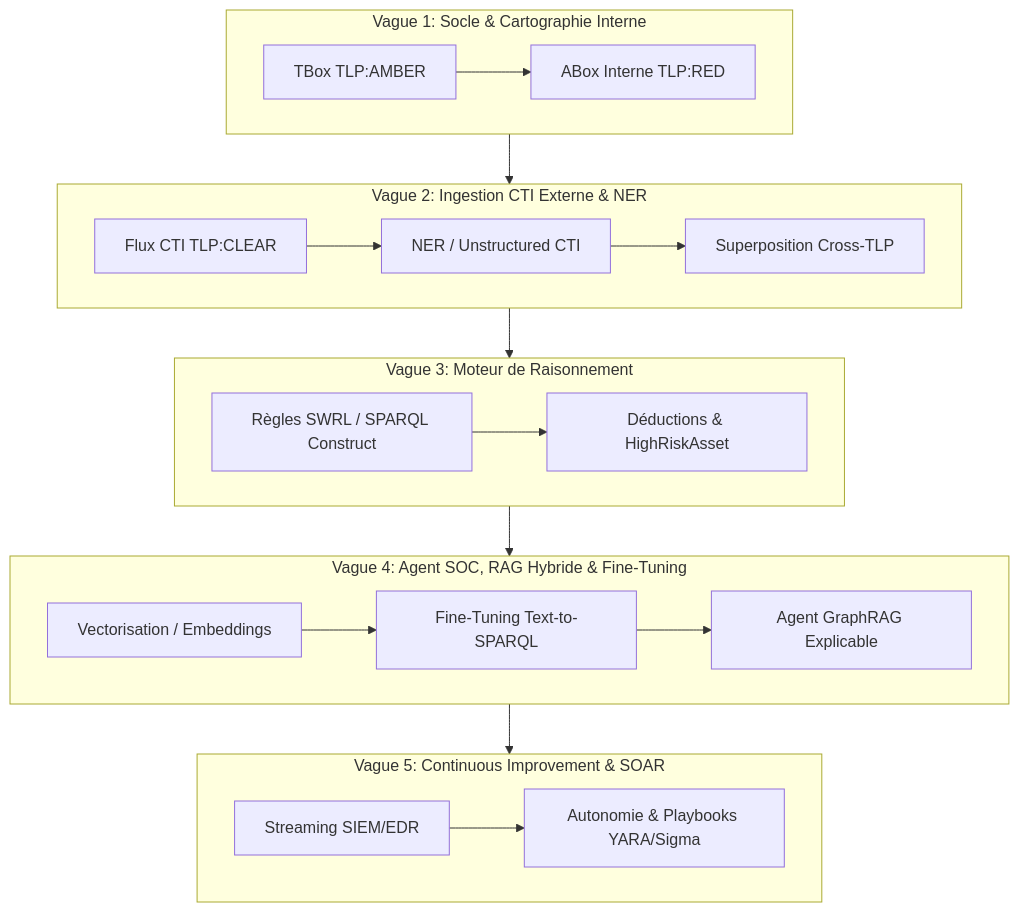
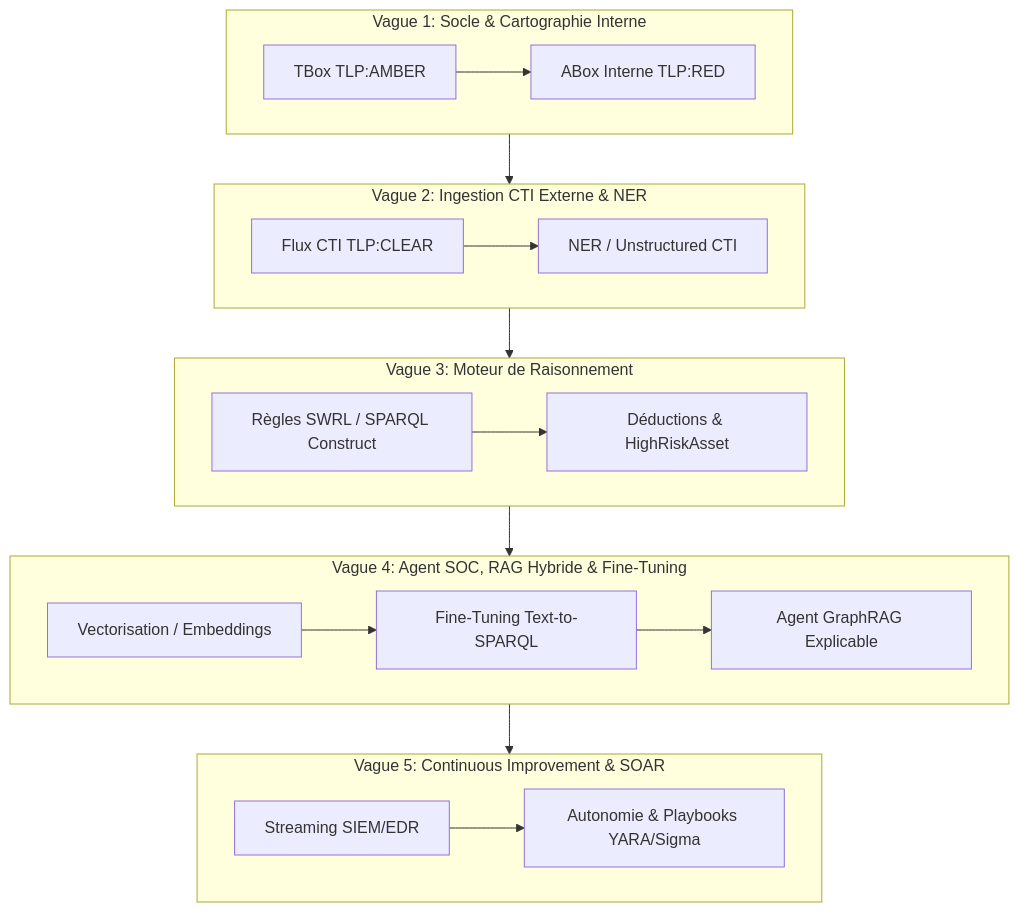
One commit to AlbanLher/Dkg-cybersec changed the diagram in 00-Projet/Roadmap_Suivi-Avancement.md. Above: the diagram before and after it, drawn with Mermaid. The commit also changed 1 other file, not shown here.

Commit message:
mise a jour Roadmap

````diff
--- a/00-Projet/Roadmap_Suivi-Avancement.md
+++ b/00-Projet/Roadmap_Suivi-Avancement.md
@@ -31,25 +31,25 @@
 ```mermaid
 graph TD
     subgraph V1 [Vague 1: Socle & Cartographie Interne]
         A1[TBox TLP:AMBER] --> A2[ABox Interne TLP:RED]
     end
     subgraph V2 [Vague 2: Ingestion CTI Externe & NER]
         B1[Flux CTI TLP:CLEAR] --> B2[NER / Unstructured CTI]
-        B2 --> B3[Superposition Cross-TLP]
+        %% B2 --> B3[Superposition Cross-TLP]
     end
     subgraph V3 [Vague 3: Moteur de Raisonnement]
         C1[Règles SWRL / SPARQL Construct] --> C2[Déductions & HighRiskAsset]
     end
     subgraph V4 [Vague 4: Agent SOC, RAG Hybride & Fine-Tuning]
         D1[Vectorisation / Embeddings] --> D2[Fine-Tuning Text-to-SPARQL]
         D2 --> D3[Agent GraphRAG Explicable]
     end
     subgraph V5 [Vague 5: Continuous Improvement & SOAR]
         E1[Streaming SIEM/EDR] --> E2[Autonomie & Playbooks YARA/Sigma]
     end
 
     V1 --> V2
     V2 --> V3
     V3 --> V4
     V4 --> V5
 ```
````
